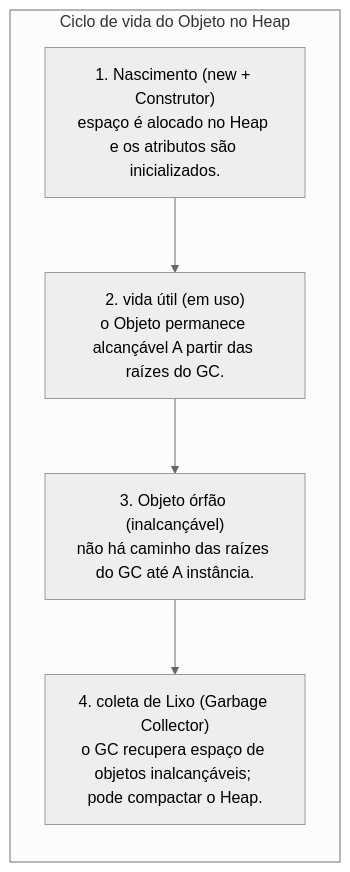
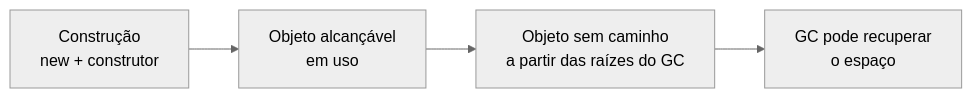
Before and after one commit to leorruas/puc: the fifth of 5 diagrams in 01. Programacao Modular/08. Construtores (inicialização, sobrecarga e garantia de invariantes).md, drawn with Mermaid (neutral theme). The commit also changed other lines of this file, not shown here.

Commit message:
Normaliza Mermaid de construtores

````diff
--- a/01. Programacao Modular/08. Construtores (inicialização, sobrecarga e garantia de invariantes).md
+++ b/01. Programacao Modular/08. Construtores (inicialização, sobrecarga e garantia de invariantes).md
@@ -481,14 +462,11 @@
 ```mermaid
-flowchart TD
-    subgraph CicloVida ["Ciclo de vida do Objeto no Heap"]
-        direction TB
-        Nasc["1. Nascimento (new + Construtor)<br>espaço é alocado no Heap e os atributos são inicializados."]
-        Uso["2. vida útil (em uso)<br>o Objeto permanece alcançável A partir das raízes do GC."]
-        Orfao["3. Objeto órfão (inalcançável)<br>não há caminho das raízes do GC até A instância."]
-        Morte["4. coleta de Lixo (Garbage Collector)<br>o GC recupera espaço de objetos inalcançáveis; pode compactar o Heap."]
+flowchart LR
+    Construcao["Construção<br>new + construtor"]:::core
+    Uso["Objeto alcançável<br>em uso"]:::component
+    Inalcancavel["Objeto sem caminho<br>a partir das raízes do GC"]:::warning
+    Coleta["GC pode recuperar<br>o espaço"]:::data
 
-        Nasc --> Uso
-        Uso --> Orfao
-        Orfao --> Morte
-    end
+    Construcao --> Uso
+    Uso --> Inalcancavel
+    Inalcancavel --> Coleta
 ```
````
